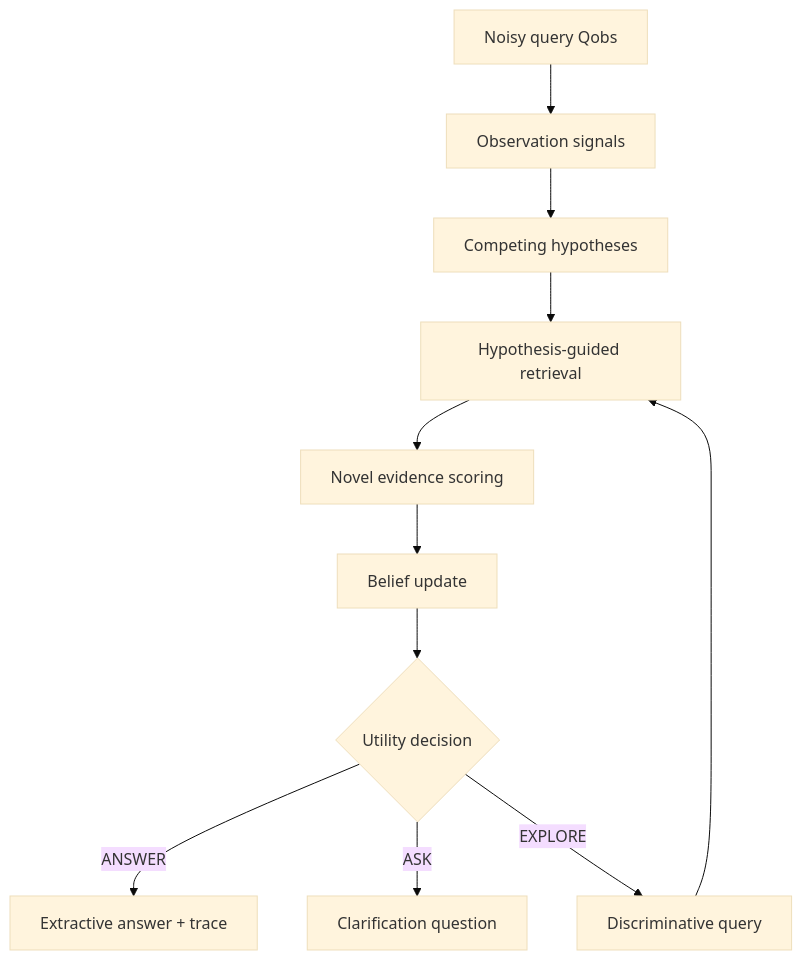
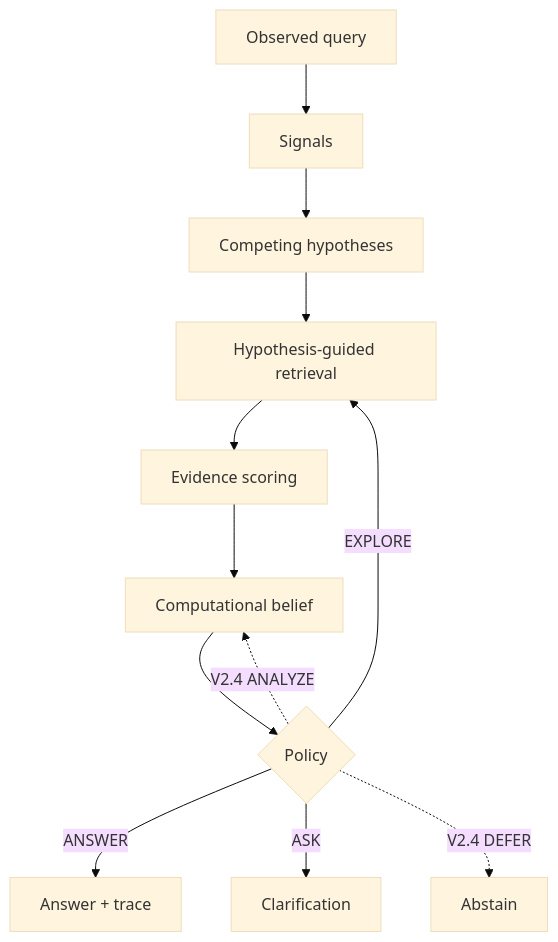
The diagram in README.md (belemcrizan/Quasar2), drawn with Mermaid (base theme) before and after one commit. The commit also changed other lines of this file and 1 other file, not shown here.

First line of the commit message:
Rewrite bilingual READMEs to match the implemented prototype, not the roadmap.

````diff
--- a/README.md
+++ b/README.md
@@ -225,13 +86,14 @@
 ```mermaid
 flowchart TD
-    Q["Noisy query Qobs"] --> O["Observation signals"]
-    O --> H["Competing hypotheses"]
+    Q["Observed query"] --> S["Signals"]
+    S --> H["Competing hypotheses"]
     H --> R["Hypothesis-guided retrieval"]
-    R --> E["Novel evidence scoring"]
-    E --> B["Belief update"]
-    B --> D{"Utility decision"}
-    D -->|ANSWER| A["Extractive answer + trace"]
-    D -->|ASK| K["Clarification question"]
-    D -->|EXPLORE| X["Discriminative query"]
-    X --> R
+    R --> E["Evidence scoring"]
+    E --> B["Computational belief"]
+    B --> D{"Policy"}
+    D -->|ANSWER| OutA["Answer + trace"]
+    D -->|ASK| OutK["Clarification"]
+    D -->|EXPLORE| R
+    D -.->|V2.4 ANALYZE| B
+    D -.->|V2.4 DEFER| OutF["Abstain"]
 ```
````
